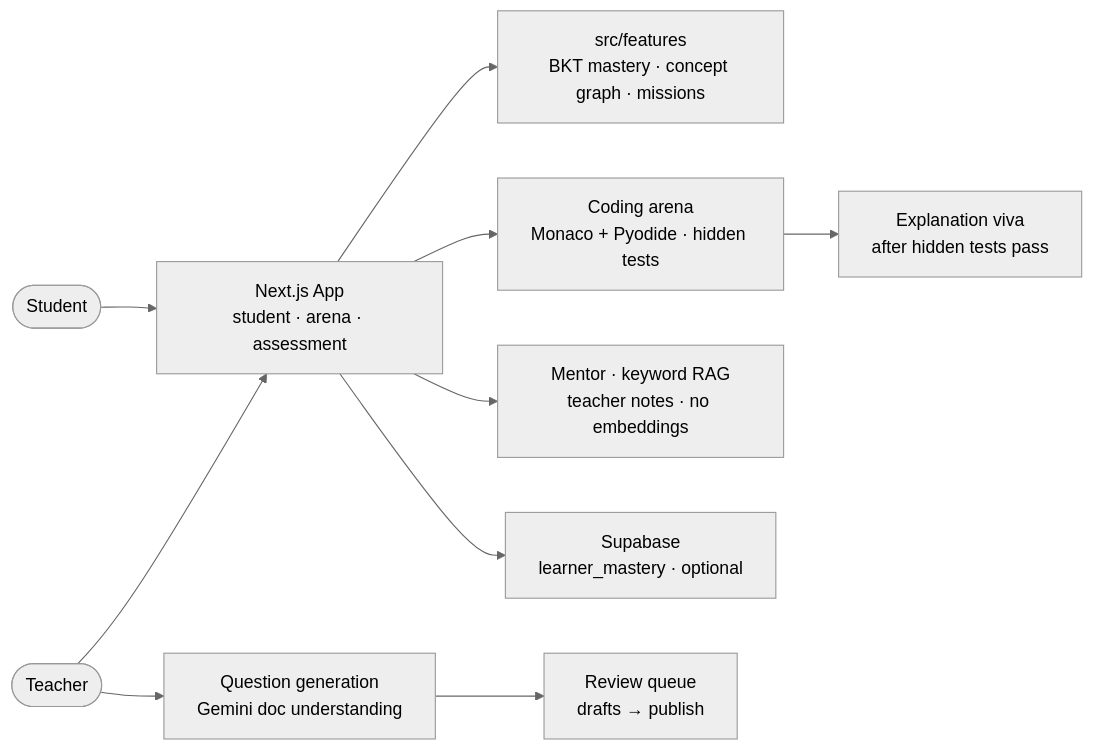
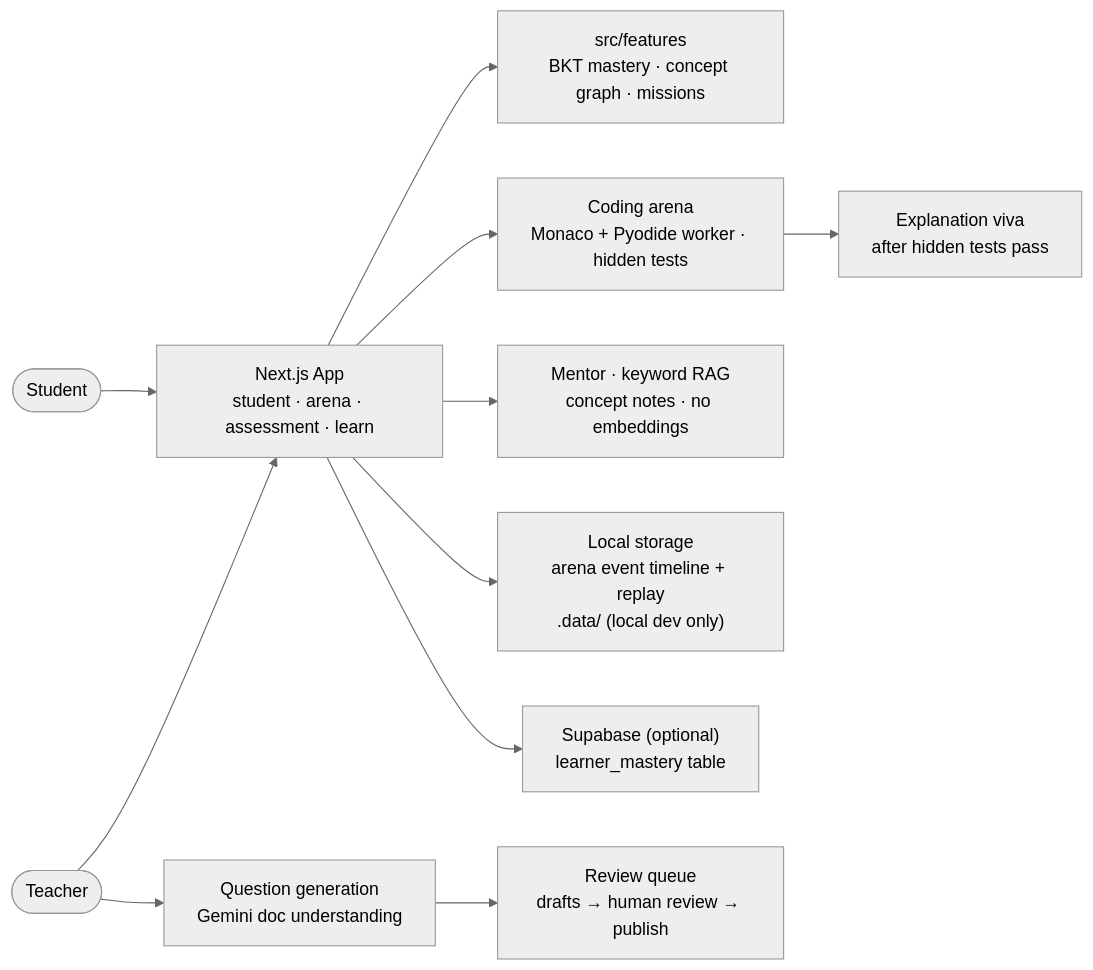
Before and after one commit to thiteswapnil1212-hue/skillpath: the second of 2 diagrams in README.md, drawn with Mermaid (neutral theme). The commit also changed other lines of this file, not shown here.

Commit message:
Docs: README with BKT loop sequence, data flow and honest limits

````diff
--- a/README.md
+++ b/README.md
@@ -83,12 +68,13 @@
 ```mermaid
 flowchart LR
-    Student([Student]) --> App["Next.js App<br/>student · arena · assessment"]
+    Student([Student]) --> App["Next.js App<br/>student · arena · assessment · learn"]
     Teacher([Teacher]) --> App
     App --> Features["src/features<br/>BKT mastery · concept graph · missions"]
-    App --> Arena["Coding arena<br/>Monaco + Pyodide · hidden tests"]
+    App --> Arena["Coding arena<br/>Monaco + Pyodide worker · hidden tests"]
     Arena --> Viva["Explanation viva<br/>after hidden tests pass"]
-    App --> Mentor["Mentor · keyword RAG<br/>teacher notes · no embeddings"]
+    App --> Mentor["Mentor · keyword RAG<br/>concept notes · no embeddings"]
     Teacher --> Gen["Question generation<br/>Gemini doc understanding"]
-    Gen --> Review["Review queue<br/>drafts → publish"]
-    App --> DB["Supabase<br/>learner_mastery · optional"]
+    Gen --> Review["Review queue<br/>drafts → human review → publish"]
+    App --> Local["Local storage<br/>arena event timeline + replay<br/>.data/ (local dev only)"]
+    App --> DB["Supabase (optional)<br/>learner_mastery table"]
 ```
````
